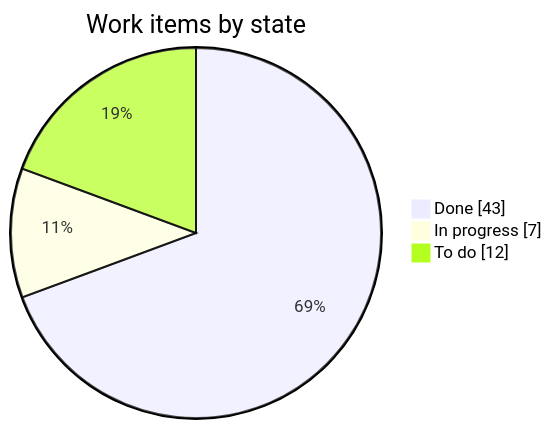
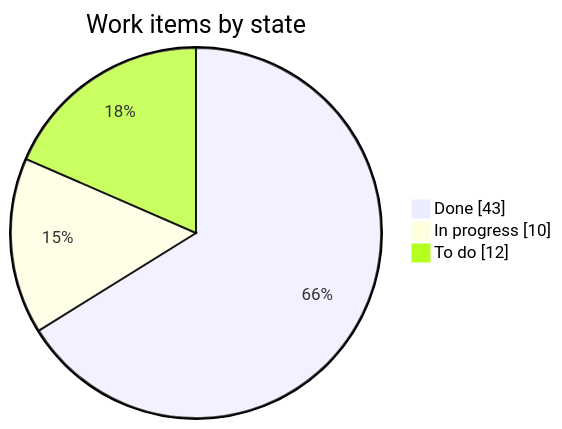
One commit to LoMagnette/ghost-light changed the first of 2 diagrams in STATUS.md. Above: the diagram before and after it, drawn with Mermaid. The commit also changed other lines of this file, not shown here.

````diff
--- a/STATUS.md
+++ b/STATUS.md
@@ -31,7 +31,7 @@
 ```mermaid
 pie showData
     title Work items by state
     "Done" : 43
-    "In progress" : 7
+    "In progress" : 10
     "To do" : 12
 ```
````
